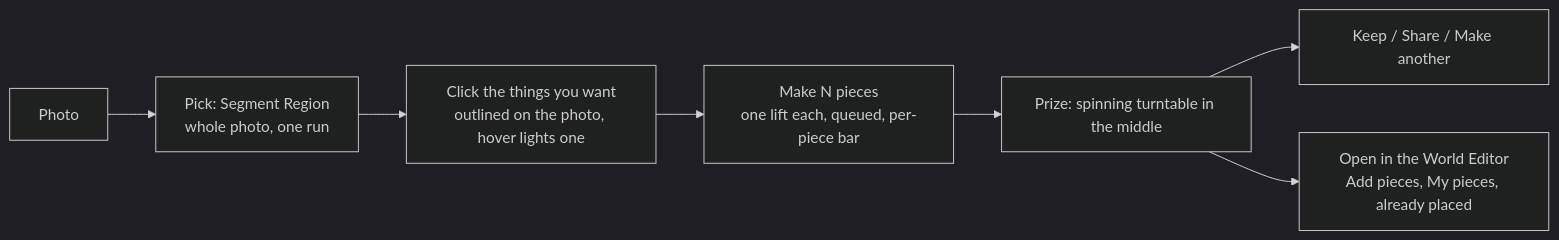
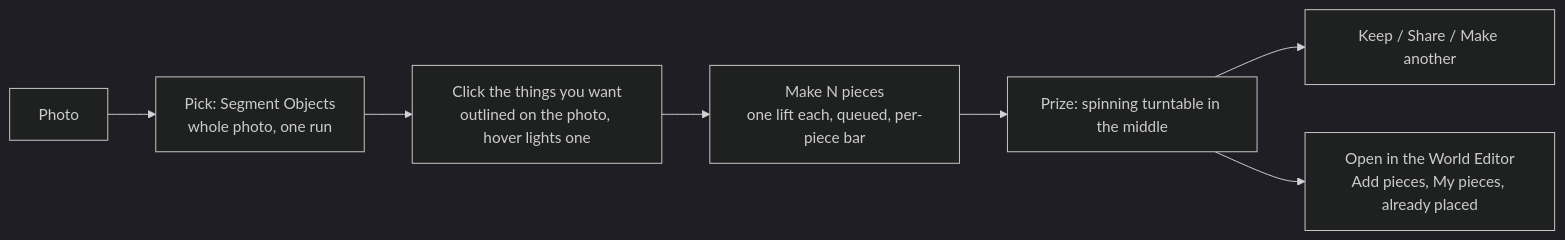
The second of 4 diagrams in docs/community-flow-guide.md (gitgithan/conquercourse), drawn with Mermaid (dark theme) before and after one commit. The commit also changed other lines of this file and 7 other files, not shown here.

First line of the commit message:
Community flow: the button says Segment Objects (it outlines the whole photo, there is no region); README and docs no longer say a player draws a box - Part of CC-133

````diff
--- a/docs/community-flow-guide.md
+++ b/docs/community-flow-guide.md
@@ -63,9 +63,9 @@
 ```mermaid
 flowchart LR
-  A["Photo"] --> C["Pick: Segment Region<br/>whole photo, one run"]
+  A["Photo"] --> C["Pick: Segment Objects<br/>whole photo, one run"]
   C --> D["Click the things you want<br/>outlined on the photo, hover lights one"]
   D --> F["Make N pieces<br/>one lift each, queued, per-piece bar"]
   F --> G["Prize: spinning turntable in the middle"]
   G --> H["Keep / Share / Make another"]
   G --> I["Open in the World Editor<br/>Add pieces, My pieces, already placed"]
 ```
````
